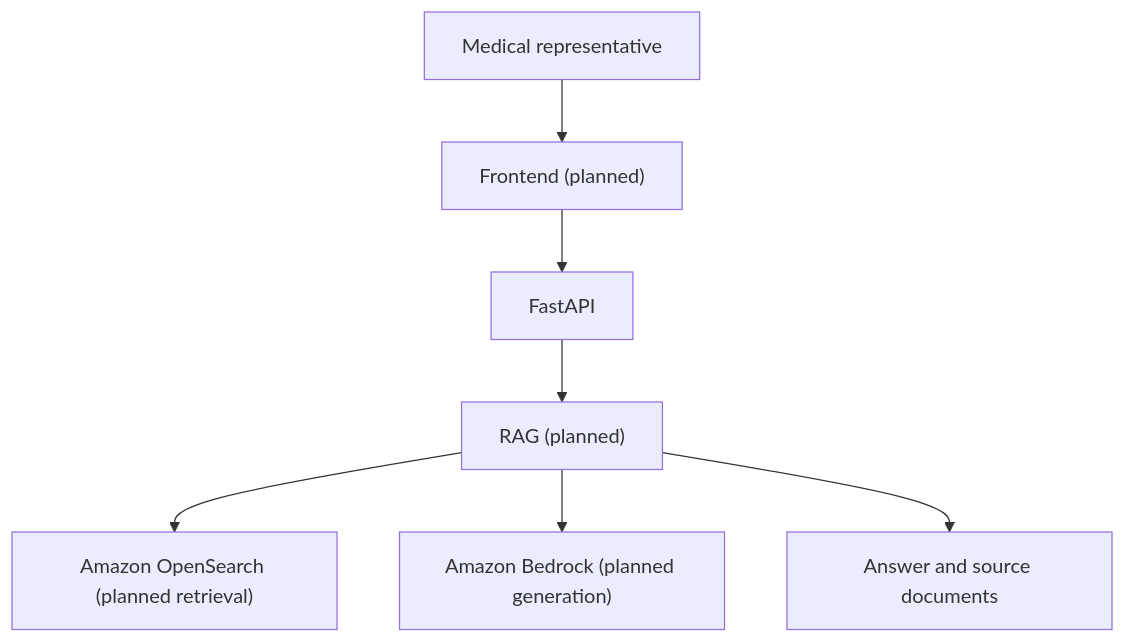
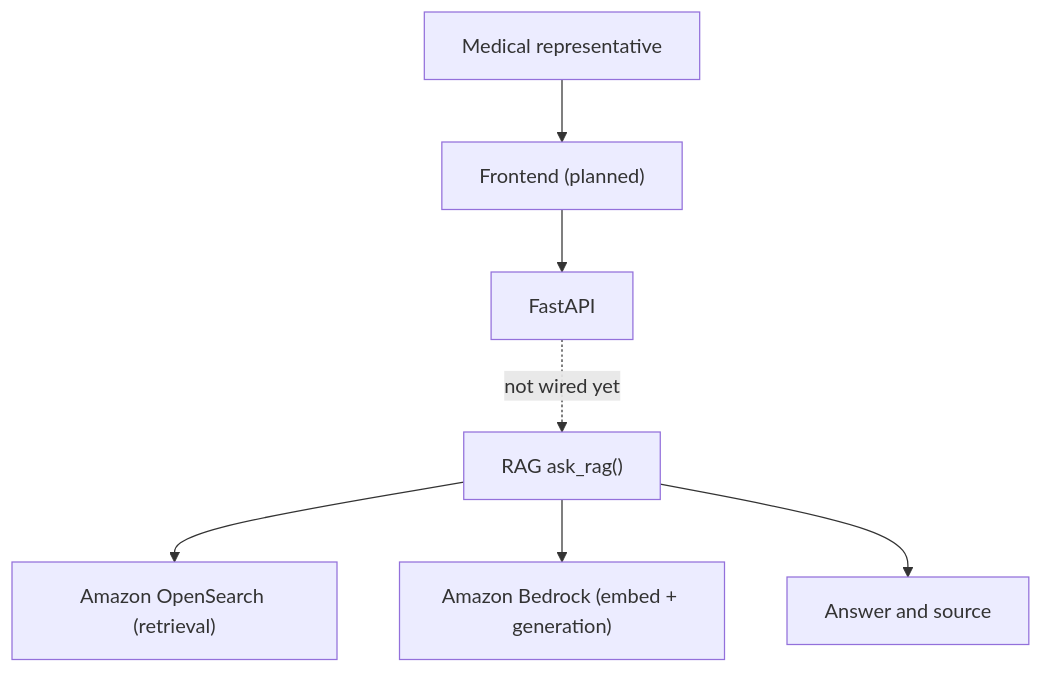
One commit to kaushanj/medrep-ai changed the diagram in docs/technical/architecture.md. Above: the diagram before and after it, drawn with Mermaid. The commit also changed other lines of this file and 4 other files, not shown here.

First line of the commit message:
Extract RAG flow into reusable ask_rag() for issue #3.

````diff
--- a/docs/technical/architecture.md
+++ b/docs/technical/architecture.md
@@ -9,17 +9,17 @@
 ```mermaid
 flowchart TD
     rep[Medical representative]
     frontend["Frontend (planned)"]
     api[FastAPI]
-    rag["RAG (planned)"]
-    opensearch["Amazon OpenSearch (planned retrieval)"]
-    bedrock["Amazon Bedrock (planned generation)"]
-    result[Answer and source documents]
+    rag["RAG ask_rag()"]
+    opensearch["Amazon OpenSearch (retrieval)"]
+    bedrock["Amazon Bedrock (embed + generation)"]
+    result[Answer and source]
 
     rep --> frontend
     frontend --> api
-    api --> rag
+    api -.->|"not wired yet"| rag
     rag --> opensearch
     rag --> bedrock
     rag --> result
 ```
````
